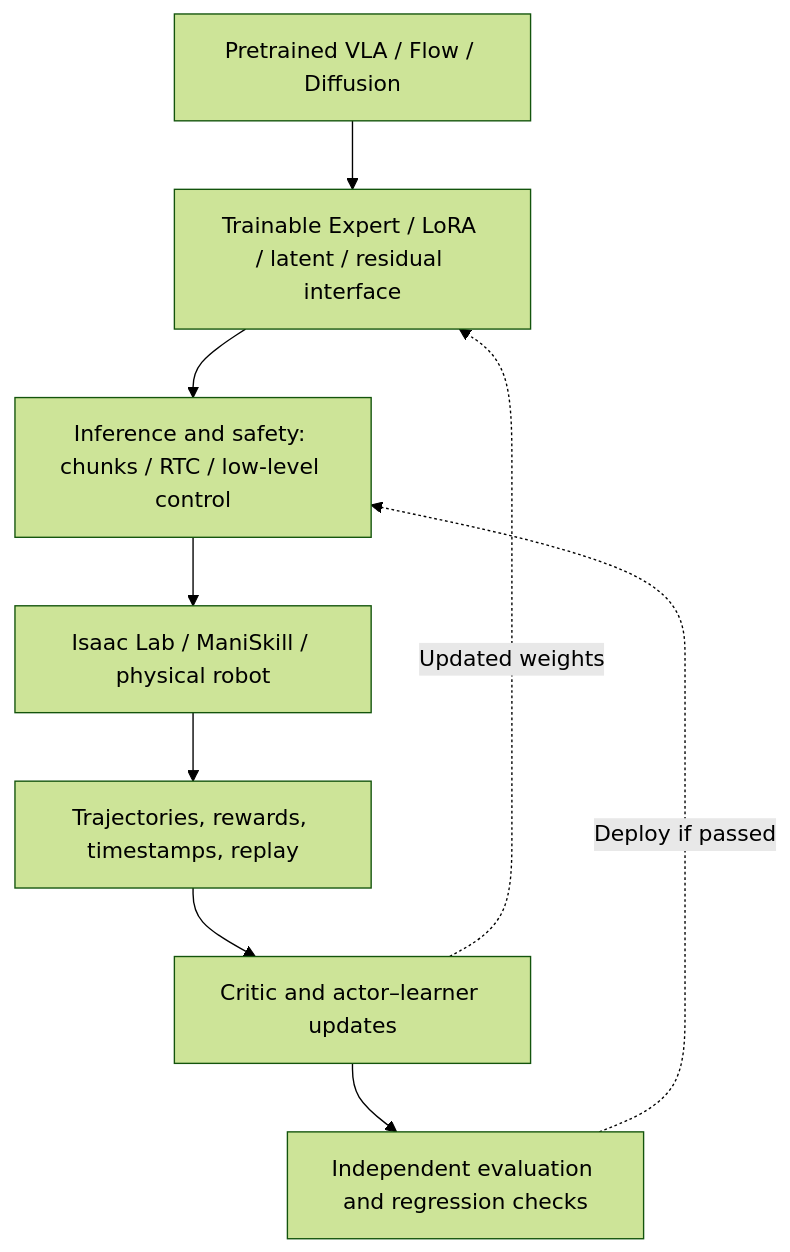
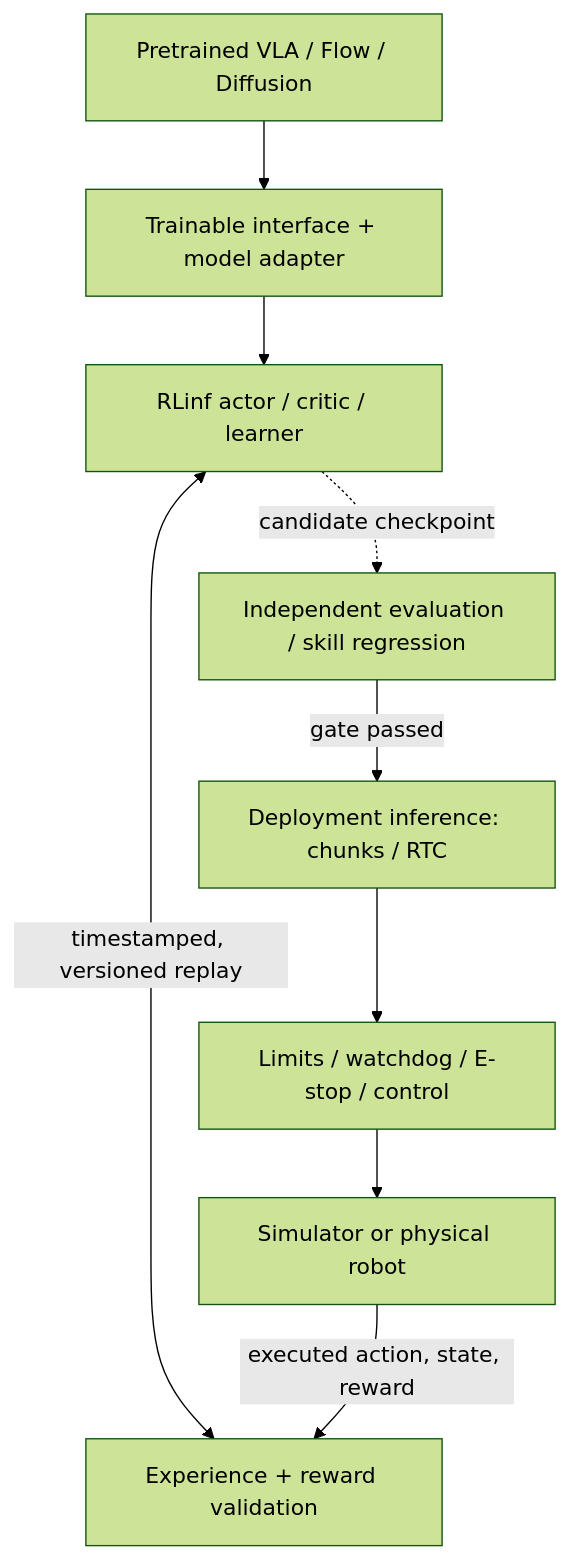
One commit to zengxiong111/Foundation_of_Embodied_AI changed the fourth of 4 diagrams in md/RL_Post_Training_EN.md. Above: the diagram before and after it, drawn with Mermaid (forest theme). The commit also changed other lines of this file and 24 other files, not shown here.

````diff
--- a/md/RL_Post_Training_EN.md
+++ b/md/RL_Post_Training_EN.md
@@ -233,12 +221,11 @@
 ```mermaid
-%% FIG: infrastructure
 flowchart TB
-  B["Pretrained VLA / Flow / Diffusion"] --> I["Trainable Expert / LoRA / latent / residual interface"]
-  I --> P["Inference and safety: chunks / RTC / low-level control"]
-  P --> E["Isaac Lab / ManiSkill / physical robot"]
-  E --> D["Trajectories, rewards, timestamps, replay"]
-  D --> Q["Critic and actor–learner updates"]
-  Q -.->|Updated weights| I
-  Q --> V["Independent evaluation and regression checks"]
-  V -.->|Deploy if passed| P
+  M["Pretrained VLA / Flow / Diffusion"] --> I["Trainable interface + model adapter"]
+  I --> T["RLinf actor / critic / learner"]
+  T <-->|timestamped, versioned replay| D["Experience + reward validation"]
+  T -.->|candidate checkpoint| V["Independent evaluation / skill regression"]
+  V -->|gate passed| P["Deployment inference: chunks / RTC"]
+  P --> S["Limits / watchdog / E-stop / control"]
+  S --> R["Simulator or physical robot"]
+  R -->|executed action, state, reward| D
 ```
````
